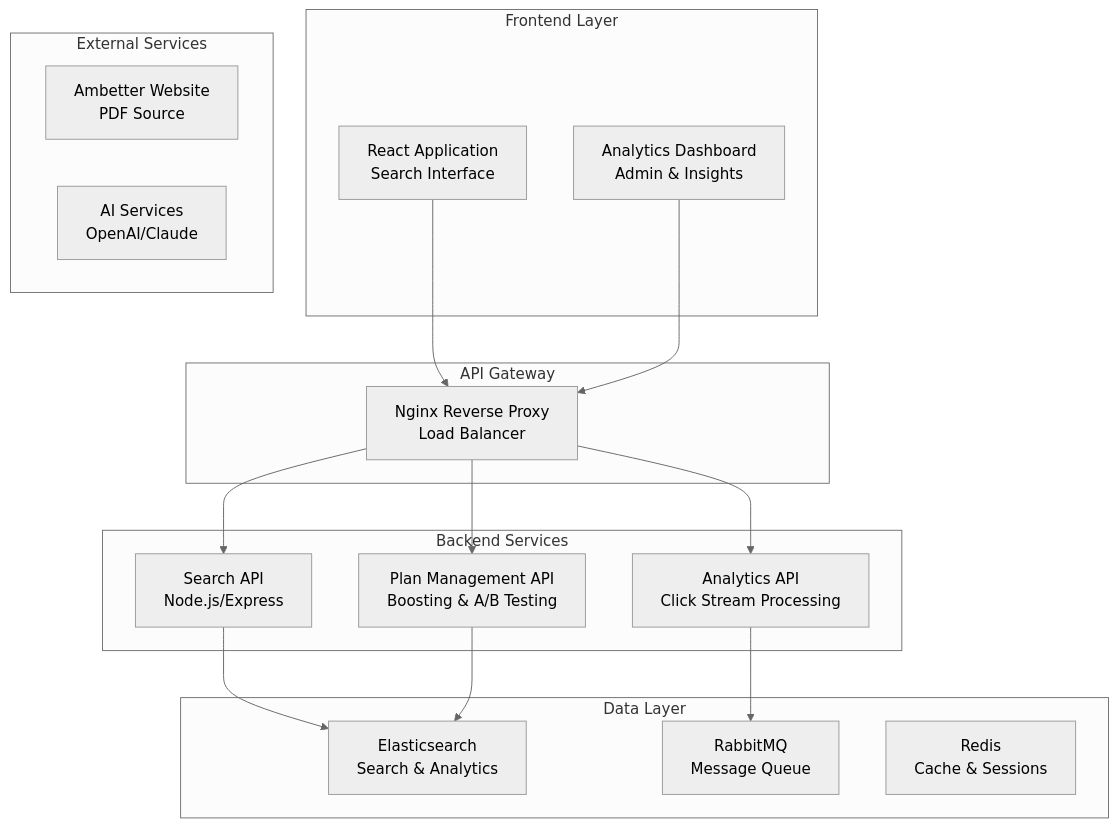
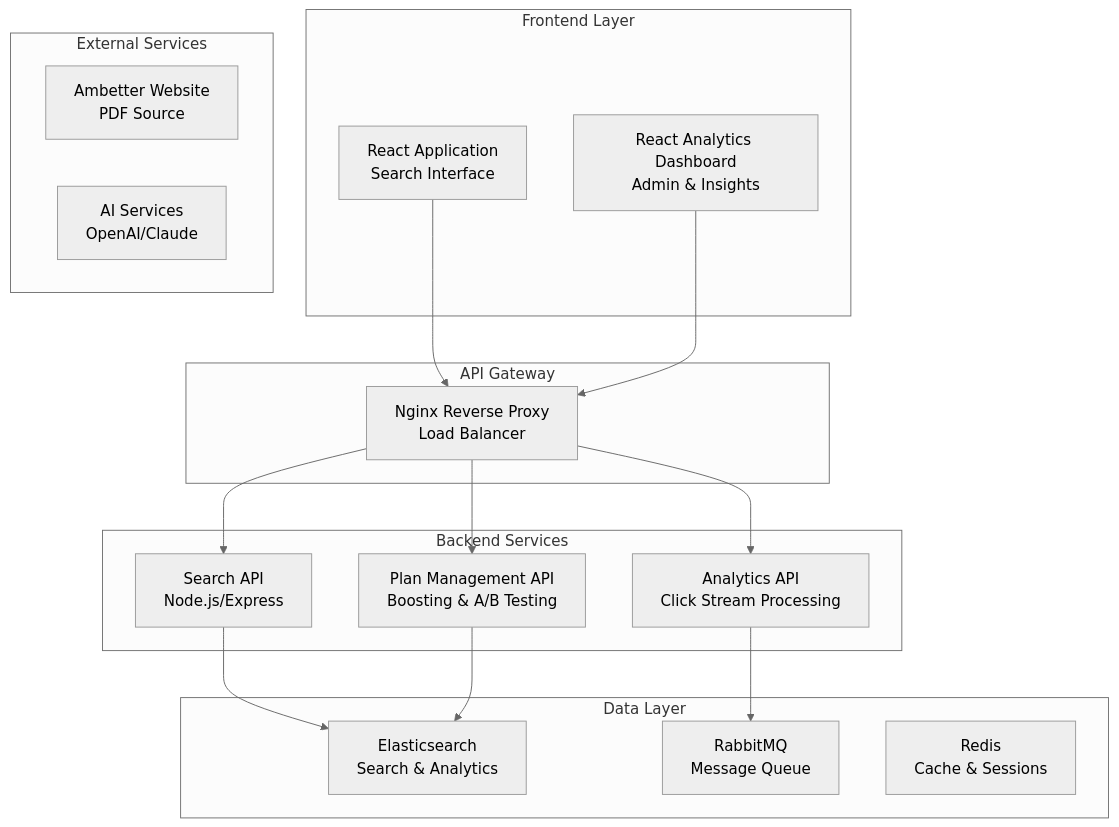
One commit to bommas/ambetter-project changed the diagram in README.md. Above: the diagram before and after it, drawn with Mermaid (neutral theme). The commit also changed other lines of this file and 1 other file, not shown here.

First line of the commit message:
Ensure all references consistently specify React technology

````diff
--- a/README.md
+++ b/README.md
@@ -21,37 +21,37 @@
 ```mermaid
 graph TB
     subgraph "Frontend Layer"
         A[React Application<br/>Search Interface]
-        B[Analytics Dashboard<br/>Admin & Insights]
+        B[React Analytics Dashboard<br/>Admin & Insights]
     end
     
     subgraph "API Gateway"
         C[Nginx Reverse Proxy<br/>Load Balancer]
     end
     
     subgraph "Backend Services"
         D[Search API<br/>Node.js/Express]
         E[Analytics API<br/>Click Stream Processing]
         F[Plan Management API<br/>Boosting & A/B Testing]
     end
     
     subgraph "Data Layer"
         G[Elasticsearch<br/>Search & Analytics]
         H[RabbitMQ<br/>Message Queue]
         I[Redis<br/>Cache & Sessions]
     end
     
     subgraph "External Services"
         J[Ambetter Website<br/>PDF Source]
         K[AI Services<br/>OpenAI/Claude]
     end
     
     A --> C
     B --> C
     C --> D
     C --> E
     C --> F
     D --> G
     E --> H
     F --> G
 ```
````
